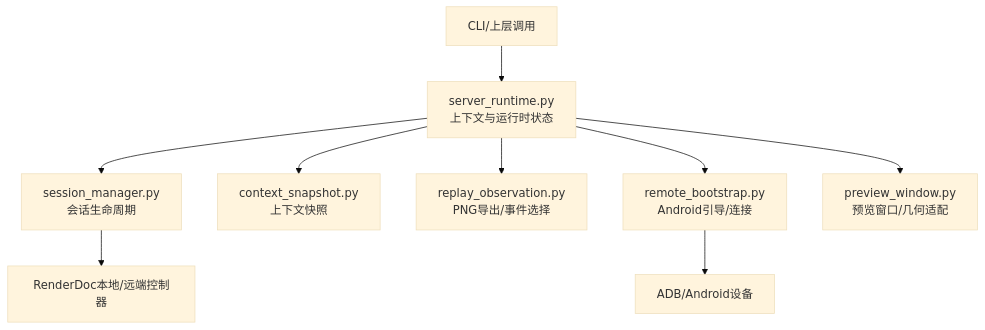
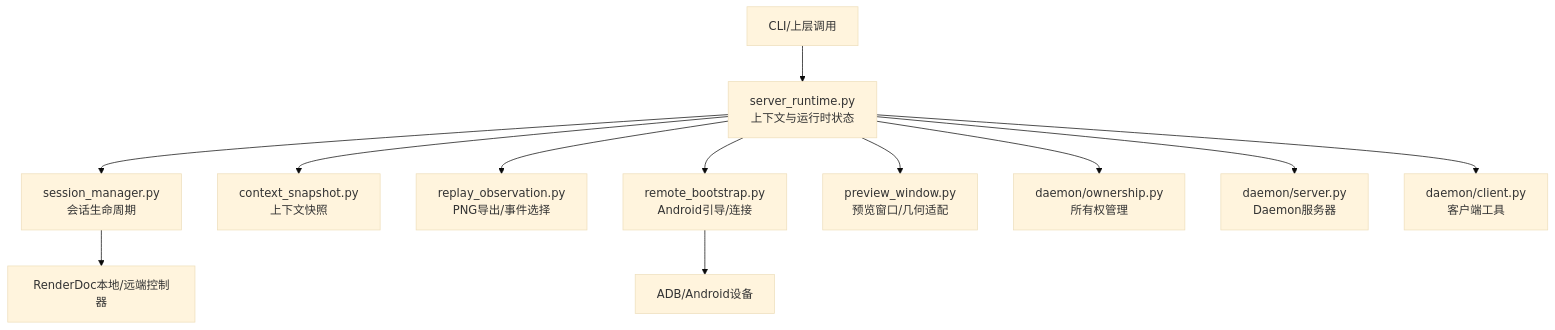
The first of 10 diagrams in .qoder/repowiki/zh/content/核心概念/会话模型.md (haolange/RDC-Tool), drawn with Mermaid (base theme) before and after one commit. The commit also changed other lines of this file and 67 other files, not shown here.

````diff
--- a/.qoder/repowiki/zh/content/核心概念/会话模型.md
+++ b/.qoder/repowiki/zh/content/核心概念/会话模型.md
@@ -51,11 +66,14 @@
 ```mermaid
 graph TB
 A["CLI/上层调用"] --> B["server_runtime.py<br/>上下文与运行时状态"]
 B --> C["session_manager.py<br/>会话生命周期"]
 B --> D["context_snapshot.py<br/>上下文快照"]
 B --> E["replay_observation.py<br/>PNG导出/事件选择"]
 B --> F["remote_bootstrap.py<br/>Android引导/连接"]
 B --> G["preview_window.py<br/>预览窗口/几何适配"]
 C --> H["RenderDoc本地/远端控制器"]
 F --> I["ADB/Android设备"]
+B --> J["daemon/ownership.py<br/>所有权管理"]
+B --> K["daemon/server.py<br/>Daemon服务器"]
+B --> L["daemon/client.py<br/>客户端工具"]
 ```
````
